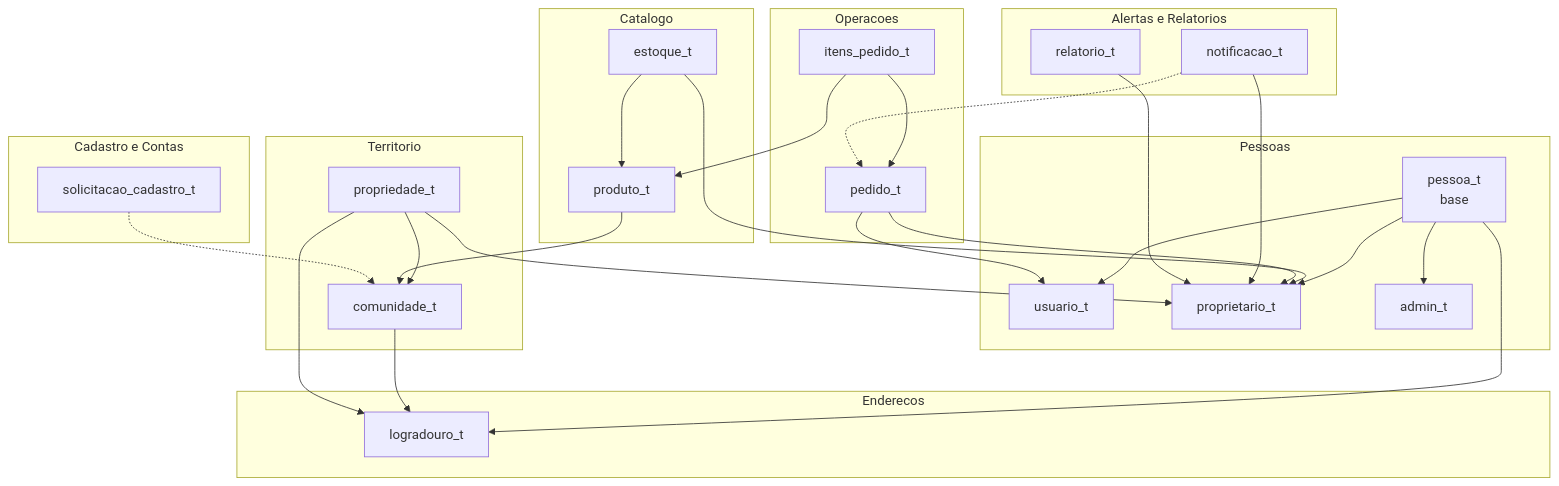
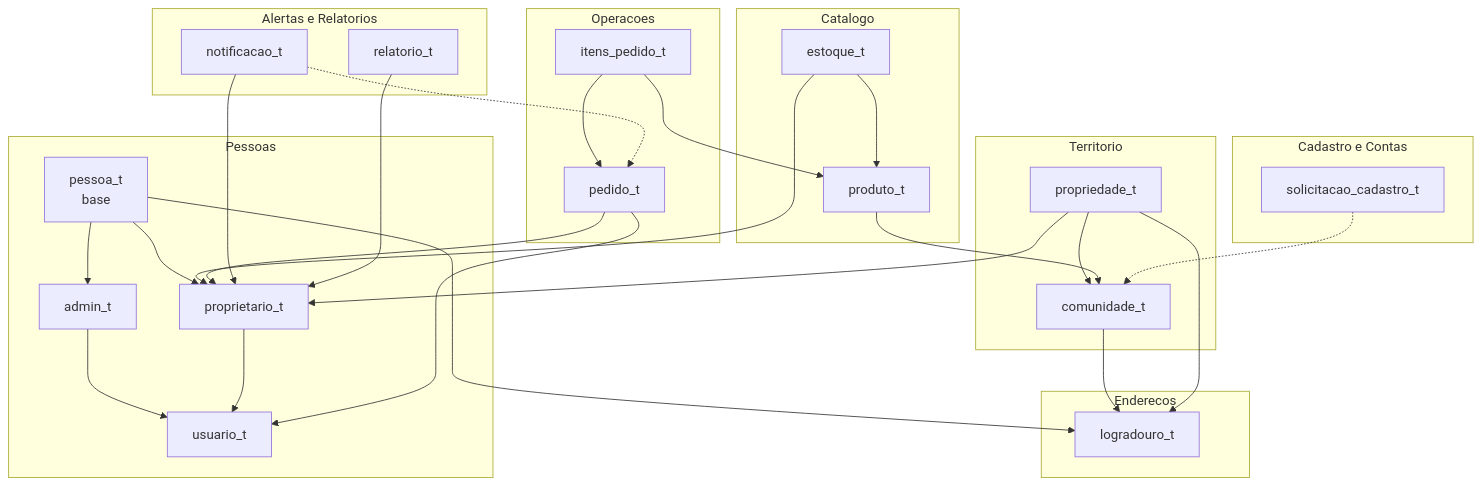
Before and after one commit to wellmor/SementeLivre: the second of 2 diagrams in docs/modelo-dados/Modelo-Conceitual-Banco-Dados.md, drawn with Mermaid. The commit also changed other lines of this file and 33 other files, not shown here.

````diff
--- a/docs/modelo-dados/Modelo-Conceitual-Banco-Dados.md
+++ b/docs/modelo-dados/Modelo-Conceitual-Banco-Dados.md
@@ -843,63 +849,64 @@
 ```mermaid
 flowchart TB
     subgraph Enderecos["Enderecos"]
         LOG[logradouro_t]
     end
 
     subgraph Pessoas["Pessoas"]
         PESS[pessoa_t<br/>base]
         USU[usuario_t]
         PROP[proprietario_t]
         ADM[admin_t]
     end
 
     subgraph Territorio["Territorio"]
         COM[comunidade_t]
         PROPR[propriedade_t]
     end
 
     subgraph Catalogo["Catalogo"]
         PROD[produto_t]
         EST[estoque_t]
     end
 
     subgraph Operacoes["Operacoes"]
         PED[pedido_t]
         IT[itens_pedido_t]
     end
 
     subgraph Alertas["Alertas e Relatorios"]
         NOTI[notificacao_t]
         REL[relatorio_t]
     end
 
 
     subgraph Site["Cadastro e Contas"]
         SC[solicitacao_cadastro_t]
     end
 
-    PESS --> USU
+    ADM --> USU
+    PROP --> USU
     PESS --> PROP
     PESS --> ADM
     PESS --> LOG
 
     COM --> LOG
     PROPR --> LOG
     PROPR --> PROP
     PROPR --> COM
 
     PROD --> COM
     EST --> PROP
     EST --> PROD
 
     PED --> USU
     PED --> PROP
     IT --> PED
     IT --> PROD
 
     NOTI --> PROP
     NOTI -.-> PED
     REL --> PROP
 
     SC -.-> COM
 ```
````
